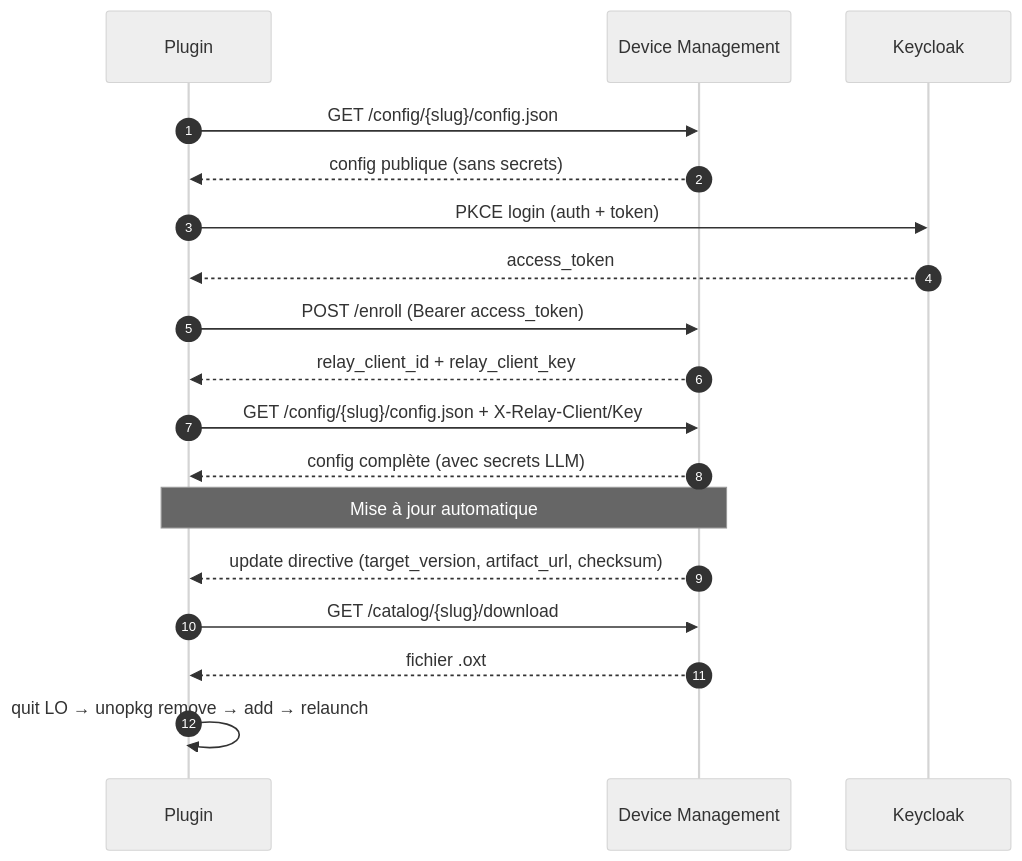
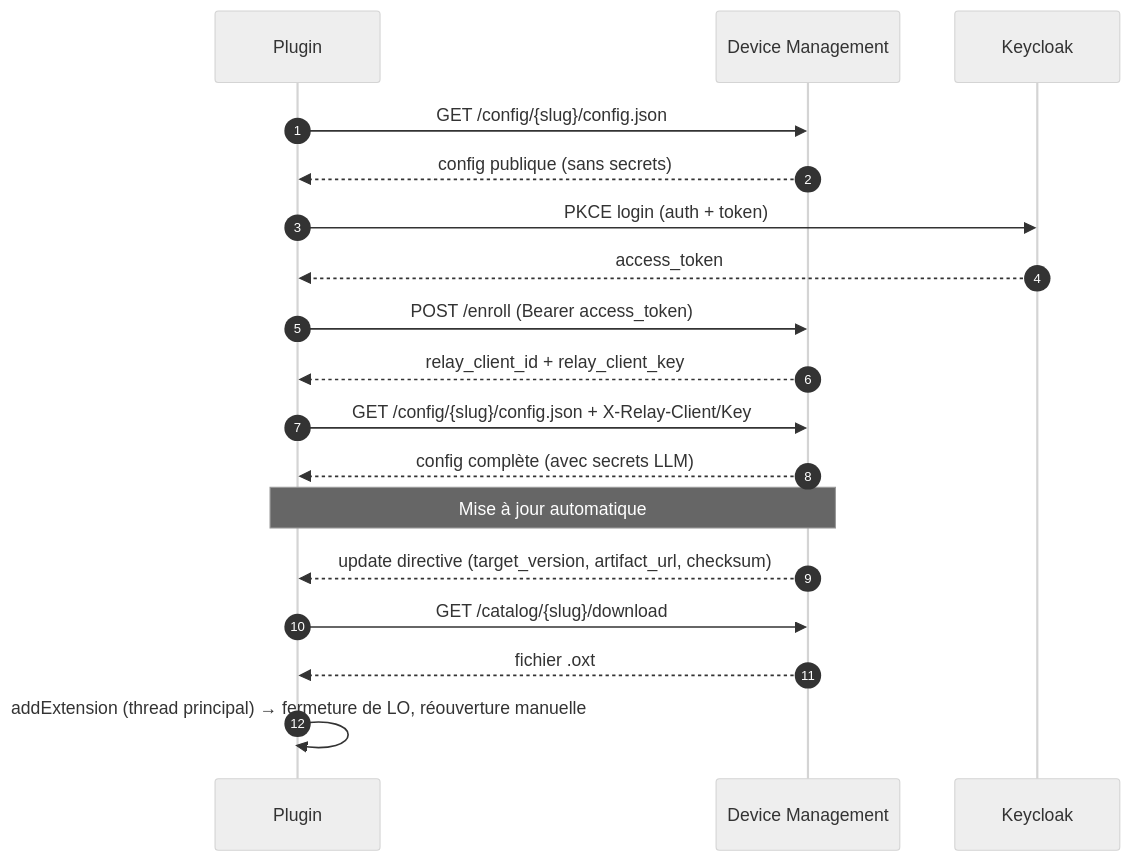
One commit to IA-Generative/iassistant-libreoffice changed the diagram in README.md. Above: the diagram before and after it, drawn with Mermaid (neutral theme). The commit also changed 8 other files, not shown here.

````diff
--- a/README.md
+++ b/README.md
@@ -319,25 +319,25 @@
 ```mermaid
 sequenceDiagram
   autonumber
   participant P as Plugin
   participant DM as Device Management
   participant KC as Keycloak
 
   P->>DM: GET /config/{slug}/config.json
   DM-->>P: config publique (sans secrets)
 
   P->>KC: PKCE login (auth + token)
   KC-->>P: access_token
 
   P->>DM: POST /enroll (Bearer access_token)
   DM-->>P: relay_client_id + relay_client_key
 
   P->>DM: GET /config/{slug}/config.json + X-Relay-Client/Key
   DM-->>P: config complète (avec secrets LLM)
 
   Note over P,DM: Mise à jour automatique
   DM-->>P: update directive (target_version, artifact_url, checksum)
   P->>DM: GET /catalog/{slug}/download
   DM-->>P: fichier .oxt
-  P->>P: quit LO → unopkg remove → add → relaunch
+  P->>P: addExtension (thread principal) → fermeture de LO, réouverture manuelle
 ```
````
